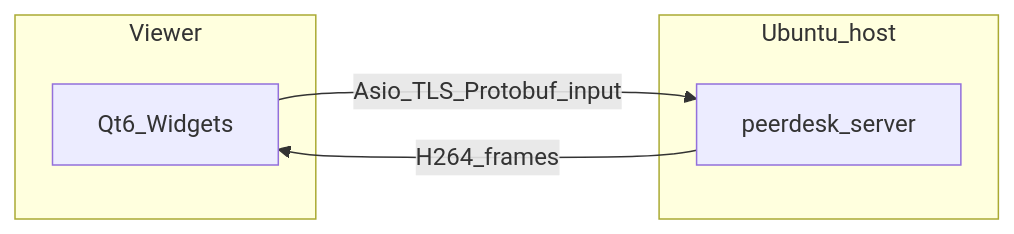
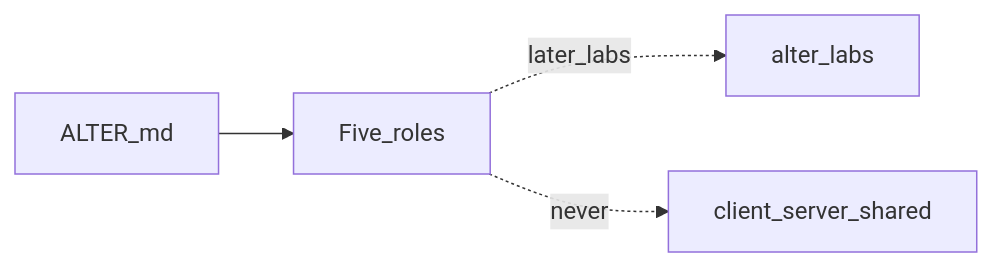
The diagram in README.md (ArmaghanAsghar/TeamViewer), drawn with Mermaid before and after one commit. The commit also changed other lines of this file and 46 other files, not shown here.

````diff
--- a/README.md
+++ b/README.md
@@ -7,11 +7,6 @@
 ```mermaid
 flowchart LR
-  subgraph viewer [Viewer]
-    QtUI[Qt6_Widgets]
-  end
-  subgraph host [Ubuntu_host]
-    Srv[peerdesk_server]
-  end
-  QtUI -->|"Asio_TLS_Protobuf_input"| Srv
-  Srv -->|"H264_frames"| QtUI
+  Brain[ALTER_md] --> Roles[Five_roles]
+  Roles -.->|later_labs| LabTree[alter_labs]
+  Roles -.->|never| ShipTrees[client_server_shared]
 ```
````
